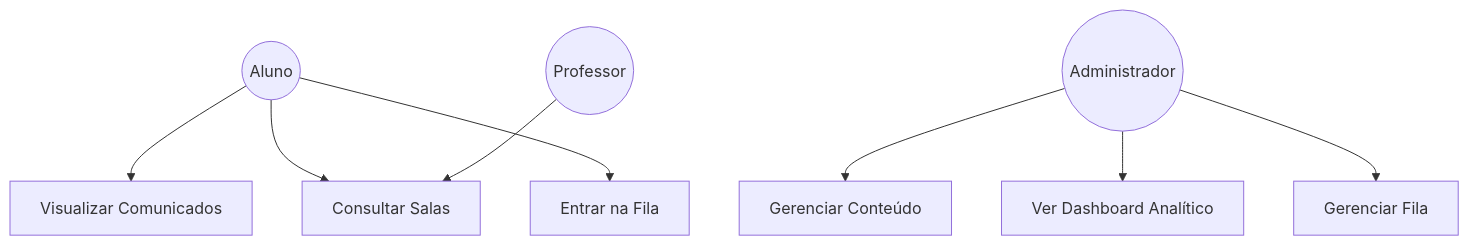
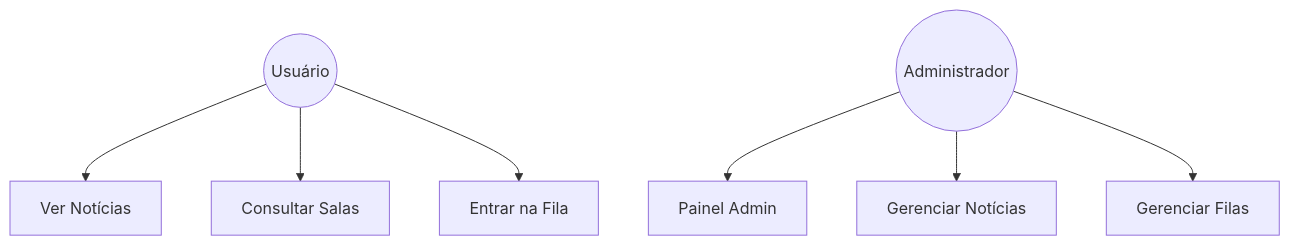
One commit to Shakaos/Campus-News changed the first of 2 diagrams in README.md. Above: the diagram before and after it, drawn with Mermaid. The commit also changed other lines of this file and 1 other file, not shown here.

````diff
--- a/README.md
+++ b/README.md
@@ -30,16 +31,13 @@
 ```mermaid
 graph TD
-    Aluno((Aluno))
-    Prof((Professor))
+    User((Usuário))
     Admin((Administrador))
-
-    Aluno --> ViewNews[Visualizar Comunicados]
-    Aluno --> ConsultRooms[Consultar Salas]
-    Aluno --> JoinQueue[Entrar na Fila]
     
-    Prof --> ConsultRooms
+    User --> News[Ver Notícias]
+    User --> Rooms[Consultar Salas]
+    User --> Queue[Entrar na Fila]
     
-    Admin --> ManageContent[Gerenciar Conteúdo]
-    Admin --> ViewDashboard[Ver Dashboard Analítico]
-    Admin --> ManageQueue[Gerenciar Fila]
+    Admin --> Dashboard[Painel Admin]
+    Admin --> ManageNews[Gerenciar Notícias]
+    Admin --> ManageQueue[Gerenciar Filas]
 ```
````
